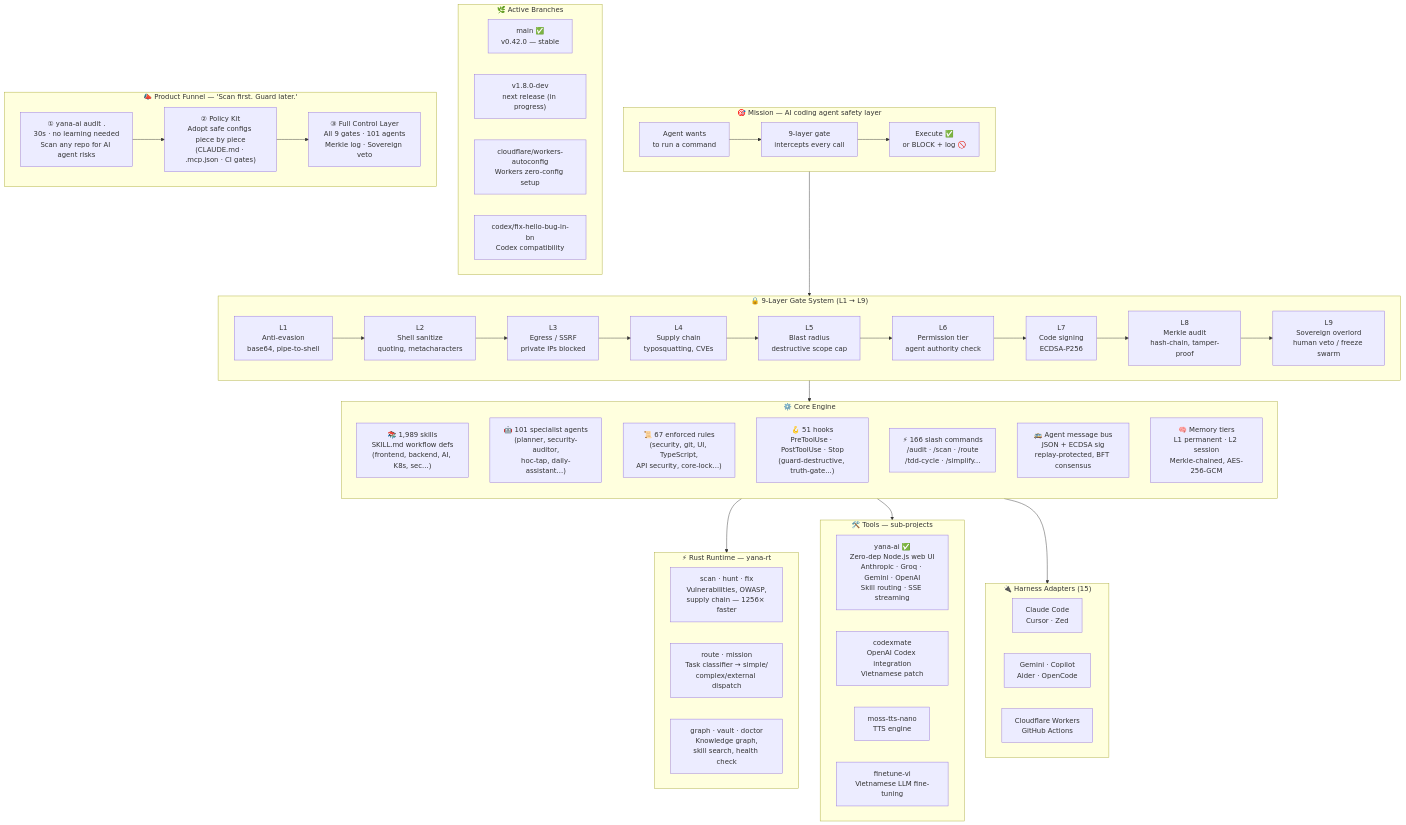
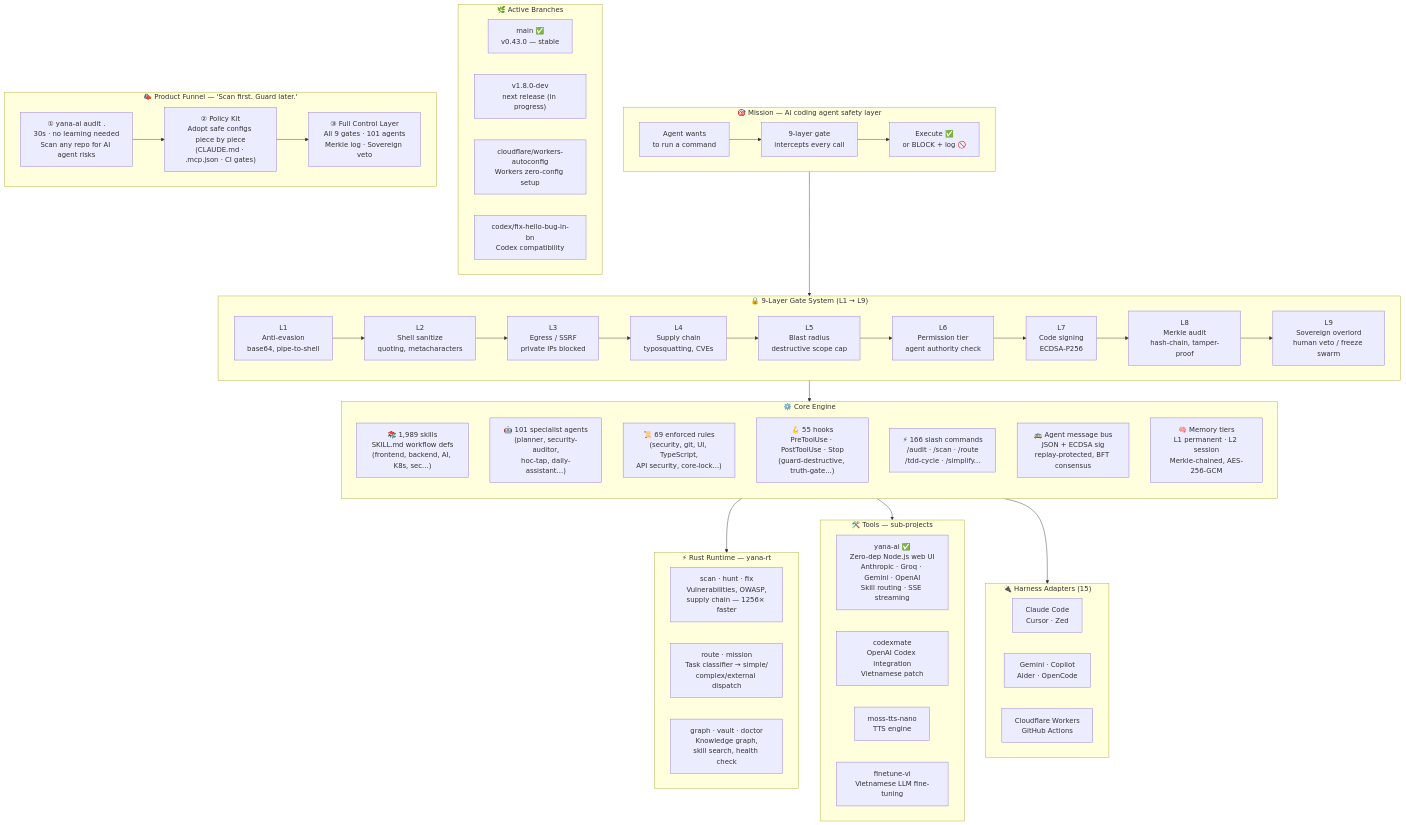
One commit to yanacuti1121/Yana-AI changed the diagram in README.md. Above: the diagram before and after it, drawn with Mermaid. The commit also changed other lines of this file and 17 other files, not shown here.

```diff
--- a/README.md
+++ b/README.md
@@ -185,8 +185,8 @@
         direction TB
         SKILLS["📚 1,989 skills\nSKILL.md workflow defs\n(frontend, backend, AI, K8s, sec...)"]
         AGENTS["🤖 101 specialist agents\n(planner, security-auditor,\nhoc-tap, daily-assistant...)"]
-        RULES["📜 67 enforced rules\n(security, git, UI, TypeScript,\nAPI security, core-lock...)"]
-        HOOKS["🪝 51 hooks\nPreToolUse · PostToolUse · Stop\n(guard-destructive, truth-gate...)"]
+        RULES["📜 69 enforced rules\n(security, git, UI, TypeScript,\nAPI security, core-lock...)"]
+        HOOKS["🪝 55 hooks\nPreToolUse · PostToolUse · Stop\n(guard-destructive, truth-gate...)"]
         CMDS["⚡ 166 slash commands\n/audit · /scan · /route\n/tdd-cycle · /simplify..."]
         BUS["🚌 Agent message bus\nJSON + ECDSA sig\nreplay-protected, BFT consensus"]
         MEM["🧠 Memory tiers\nL1 permanent · L2 session\nMerkle-chained, AES-256-GCM"]
@@ -220,7 +220,7 @@
     %% ── Active branches ──────────────────────────────────────────────────
     subgraph BRANCHES["🌿 Active Branches"]
         direction LR
-        BMAIN["main ✅\nv0.42.0 — stable"]
+        BMAIN["main ✅\nv0.43.0 — stable"]
         BVDEV["v1.8.0-dev\nnext release (in progress)"]
         BCF["cloudflare/workers-autoconfig\nWorkers zero-config setup"]
         BCX["codex/fix-hello-bug-in-bn\nCodex compatibility"]
```
